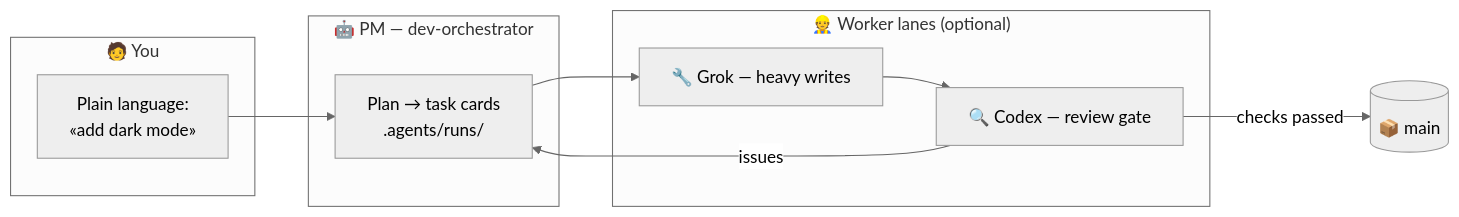
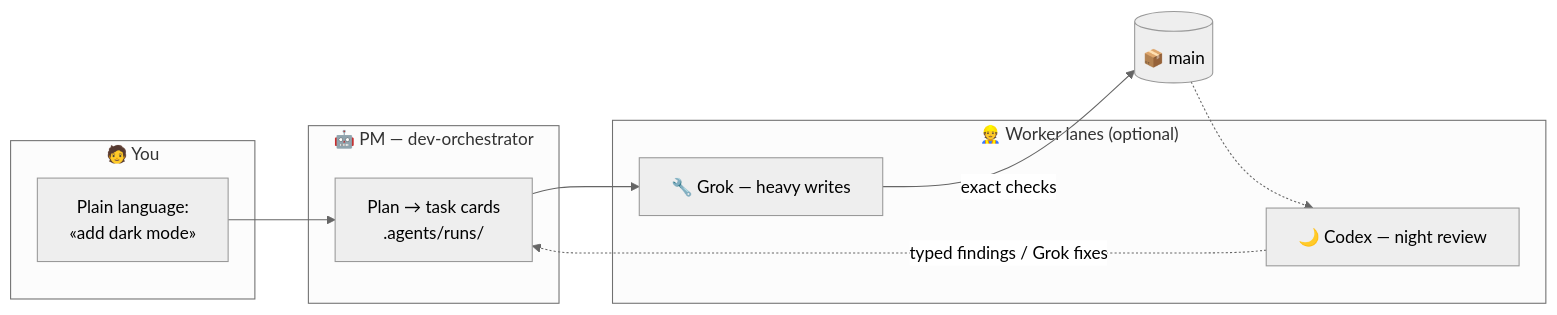
Before and after one commit to VKirill/claude-lane-stack: the diagram in README.md, drawn with Mermaid (neutral theme). The commit also changed other lines of this file and 49 other files, not shown here.

````diff
--- a/README.md
+++ b/README.md
@@ -76,18 +78,18 @@
 ```mermaid
 flowchart LR
     subgraph you ["🧑 You"]
         A["Plain language:<br/>«add dark mode»"]
     end
     subgraph pm ["🤖 PM — dev-orchestrator"]
         B["Plan → task cards<br/>.agents/runs/"]
     end
     subgraph lanes ["👷 Worker lanes (optional)"]
         D["🔧 Grok — heavy writes"]
-        E["🔍 Codex — review gate"]
+        E["🌙 Codex — night review"]
     end
     A --> B
     B --> D
-    D --> E
-    E -->|checks passed| F[("📦 main")]
-    E -->|issues| B
+    D -->|exact checks| F[("📦 main")]
+    F -.-> E
+    E -.->|typed findings / Grok fixes| B
 ```
````
